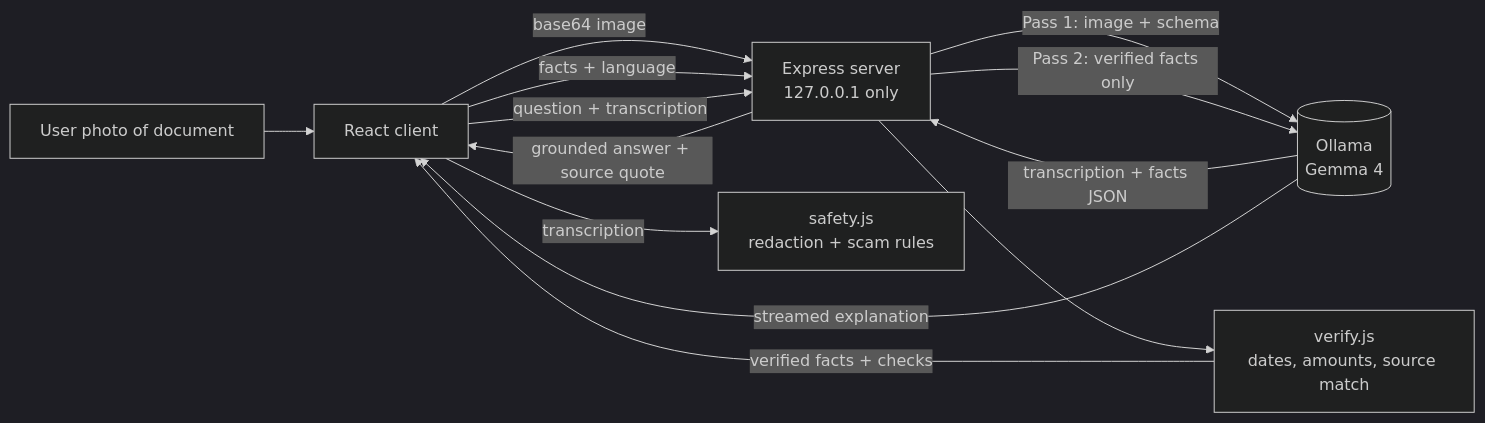
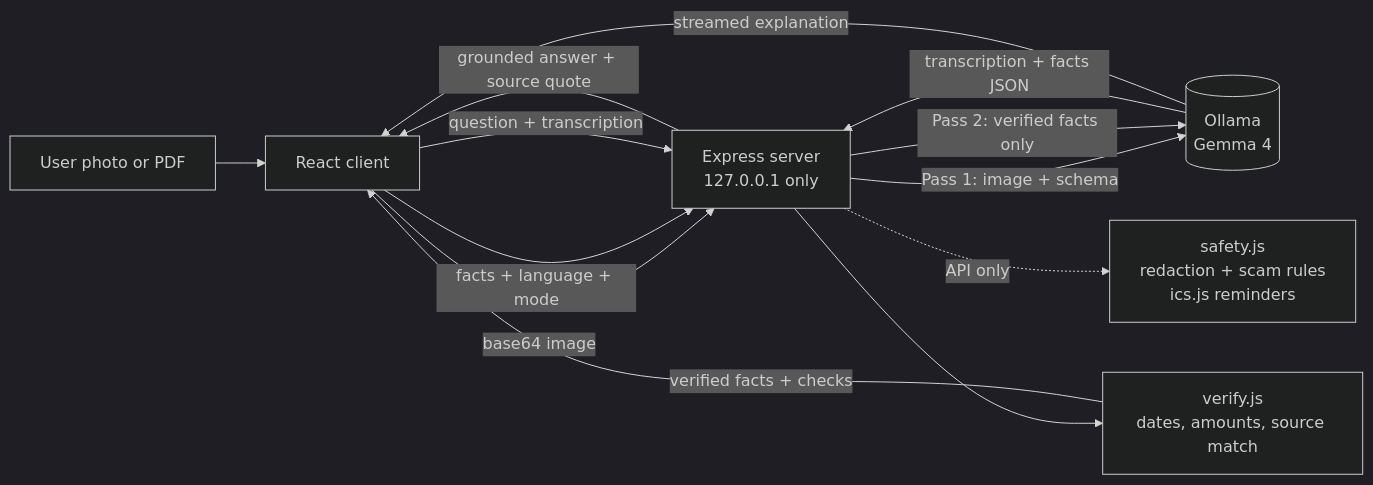
Before and after one commit to hari2k7/DocSaathi: the diagram in README.md, drawn with Mermaid (dark theme). The commit also changed other lines of this file, not shown here.

````diff
--- a/README.md
+++ b/README.md
@@ -58,15 +58,15 @@
 ```mermaid
 flowchart LR
-    U[User photo of document] --> C[React client]
+    U[User photo or PDF] --> C[React client]
     C -->|base64 image| S[Express server<br/>127.0.0.1 only]
     S -->|Pass 1: image + schema| O[(Ollama<br/>Gemma 4)]
     O -->|transcription + facts JSON| S
     S --> V[verify.js<br/>dates, amounts, source match]
     V -->|verified facts + checks| C
-    C -->|facts + language| S
+    C -->|facts + language + mode| S
     S -->|Pass 2: verified facts only| O
     O -->|streamed explanation| C
     C -->|question + transcription| S
     S -->|grounded answer + source quote| C
-    C -->|transcription| R[safety.js<br/>redaction + scam rules]
+    S -.->|API only| R[safety.js<br/>redaction + scam rules<br/>ics.js reminders]
 ```
````
